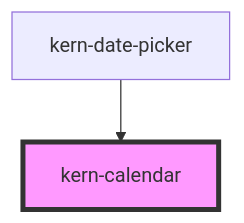
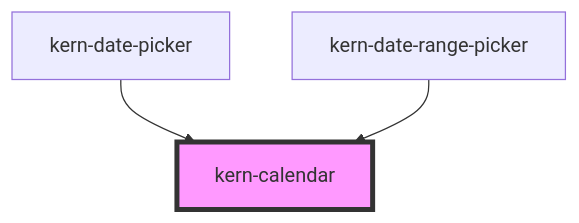
One commit to yfridelance/kern changed the diagram in src/components/kern-calendar/readme.md. Above: the diagram before and after it, drawn with Mermaid. The commit also changed other lines of this file and 14 other files, not shown here.

First line of the commit message:
kern-date-range-picker: Zeitraum wählen

````diff
--- a/src/components/kern-calendar/readme.md
+++ b/src/components/kern-calendar/readme.md
@@ -94,5 +96,6 @@
 ```mermaid
 graph TD;
   kern-date-picker --> kern-calendar
+  kern-date-range-picker --> kern-calendar
   style kern-calendar fill:#f9f,stroke:#333,stroke-width:4px
 ```
````
